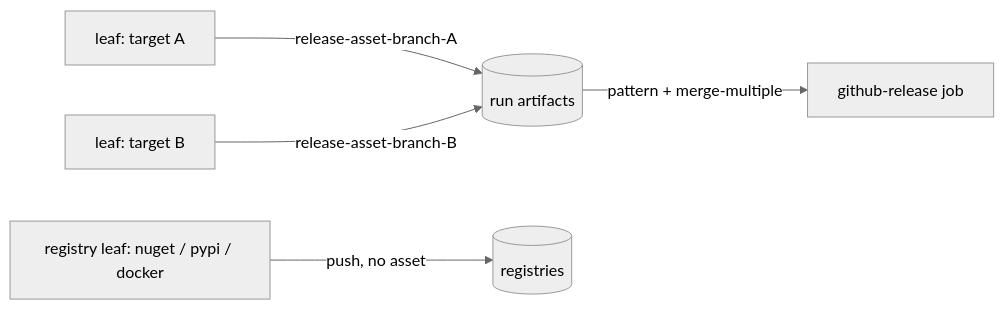
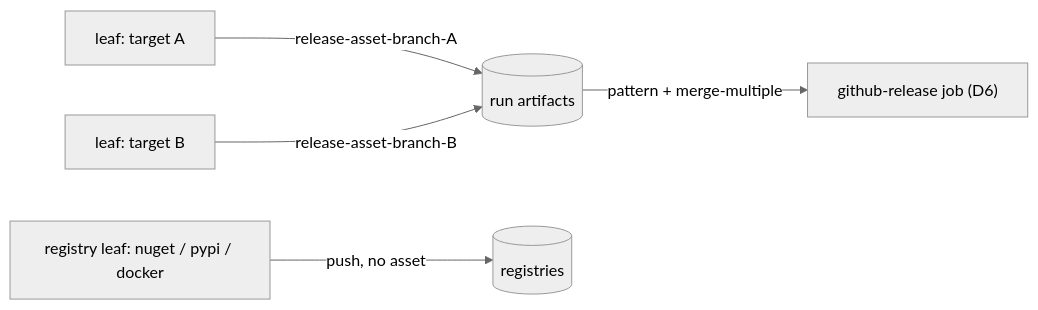
The third of 5 diagrams in WORKFLOW.md (ptr727/ESPHome-Config), drawn with Mermaid (neutral theme) before and after one commit. The commit also changed other lines of this file and 4 other files, not shown here.

````diff
--- a/WORKFLOW.md
+++ b/WORKFLOW.md
@@ -76,7 +79,7 @@
 ```mermaid
 flowchart LR
   leafa[leaf: target A] -->|release-asset-branch-A| store[(run artifacts)]
   leafb[leaf: target B] -->|release-asset-branch-B| store
-  store -->|pattern + merge-multiple| rel[github-release job]
+  store -->|pattern + merge-multiple| rel["github-release job (D6)"]
   reg[registry leaf: nuget / pypi / docker] -->|push, no asset| registries[(registries)]
 ```
````
